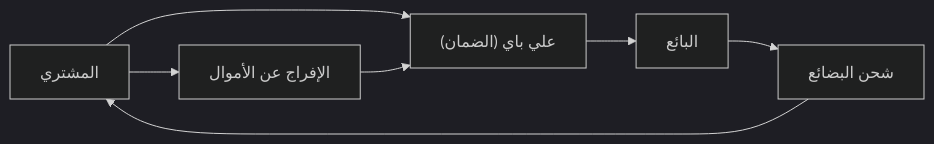
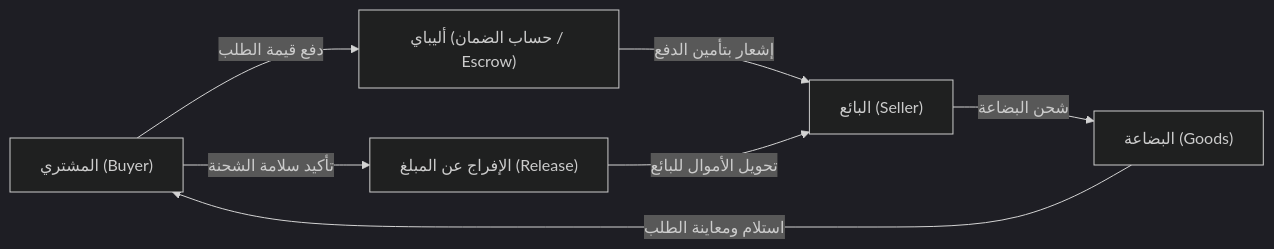
One commit to kenjinote/blog changed the diagram in content/post/history-of-alibaba/index.ar.md. Above: the diagram before and after it, drawn with Mermaid (dark theme). The commit also changed other lines of this file and 219 other files, not shown here.

````diff
--- a/content/post/history-of-alibaba/index.ar.md
+++ b/content/post/history-of-alibaba/index.ar.md
@@ -24,9 +46,9 @@
 ```mermaid
 flowchart LR
-    Buyer["المشتري"] --> Alipay["علي باي (الضمان)"]
-    Alipay --> Seller["البائع"]
-    Seller --> Goods["شحن البضائع"]
-    Goods --> Buyer
-    Buyer --> Release["الإفراج عن الأموال"]
-    Release --> Alipay
+    Buyer["المشتري (Buyer)"] -->|دفع قيمة الطلب| Alipay["أليباي (حساب الضمان / Escrow)"]
+    Alipay -->|إشعار بتأمين الدفع| Seller["البائع (Seller)"]
+    Seller -->|شحن البضاعة| Goods["البضاعة (Goods)"]
+    Goods -->|استلام ومعاينة الطلب| Buyer
+    Buyer -->|تأكيد سلامة الشحنة| Release["الإفراج عن المبلغ (Release)"]
+    Release -->|تحويل الأموال للبائع| Seller
 ```
````
